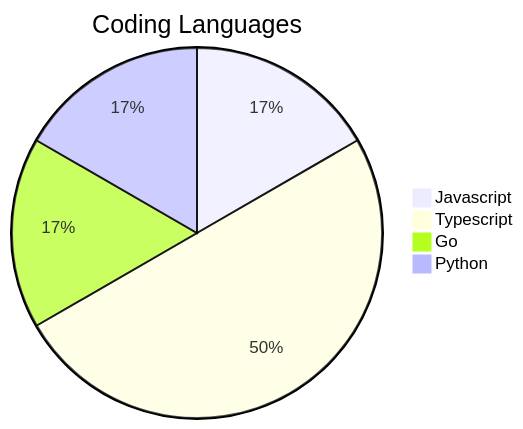
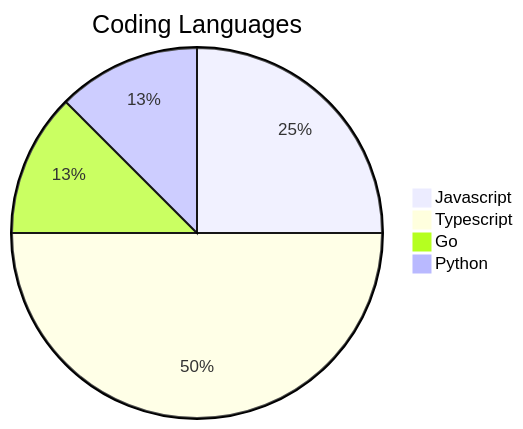
The first of 2 diagrams in README.md (salauddin-sifat-qp/qp-coding-challenge), drawn with Mermaid before and after one commit. The commit also changed other lines of this file and 2 other files, not shown here.

Commit message:
update for 35

````diff
--- a/README.md
+++ b/README.md
@@ -26,7 +26,7 @@
 ```mermaid
 pie title Coding Languages
-    "Javascript": 1
-    "Typescript" : 3
+    "Javascript": 2
+    "Typescript" : 4
     "Go" : 1
     "Python" : 1
 ```
````
